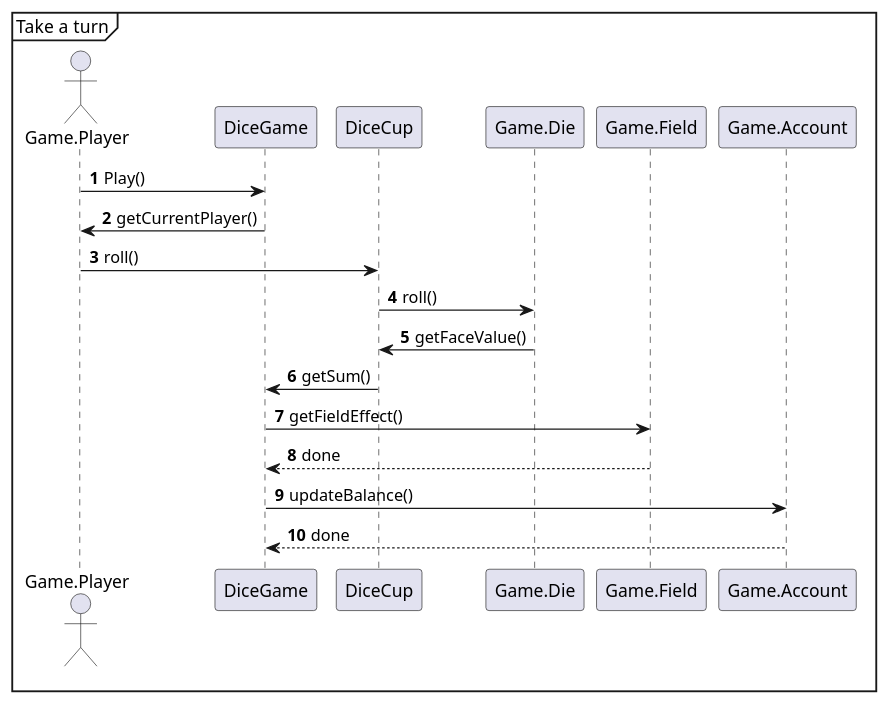
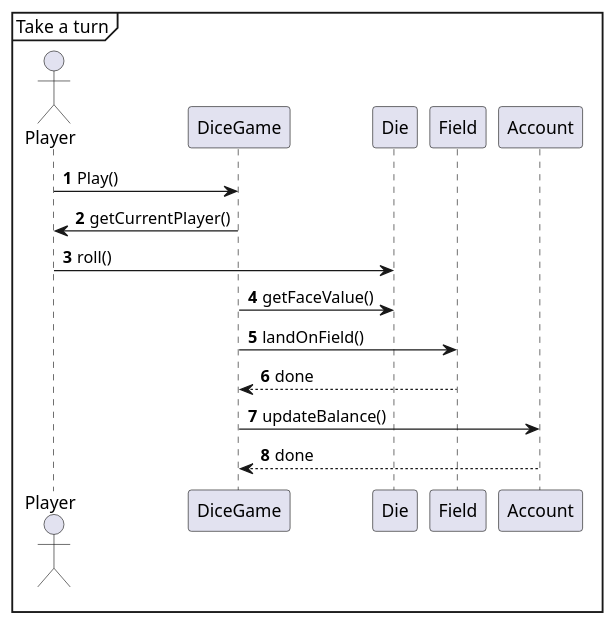
The diagram in 18_del3/PlantUML/DesignSequenceDiagram.puml (GabeKierk889/gruppe-18), drawn with PlantUML before and after one commit.

Commit message:
Updated sequence diagram

```diff
--- a/18_del3/PlantUML/DesignSequenceDiagram.puml
+++ b/18_del3/PlantUML/DesignSequenceDiagram.puml
@@ -1,20 +1,19 @@
 @startuml
 'https://plantuml.com/sequence-diagram
 
 autonumber
 
-actor   Game.Player
+actor   Player
 mainframe Take a turn
 
-Game.Player -> DiceGame: Play()
-DiceGame -> Game.Player: getCurrentPlayer()
-Game.Player -> DiceCup: roll()
-DiceCup -> Game.Die: roll()
-Game.Die -> DiceCup: getFaceValue()
-DiceCup -> DiceGame: getSum()
-DiceGame -> Game.Field: getFieldEffect()
-Game.Field --> DiceGame: done
-DiceGame -> Game.Account: updateBalance()
-Game.Account --> DiceGame: done
+Player -> DiceGame: Play()
+DiceGame -> Player: getCurrentPlayer()
+Player -> Die: roll()
+DiceGame -> Die: getFaceValue()
+DiceGame -> Field: landOnField()
+
+Field --> DiceGame: done
+DiceGame -> Account: updateBalance()
+Account --> DiceGame: done
 
 @enduml
```
